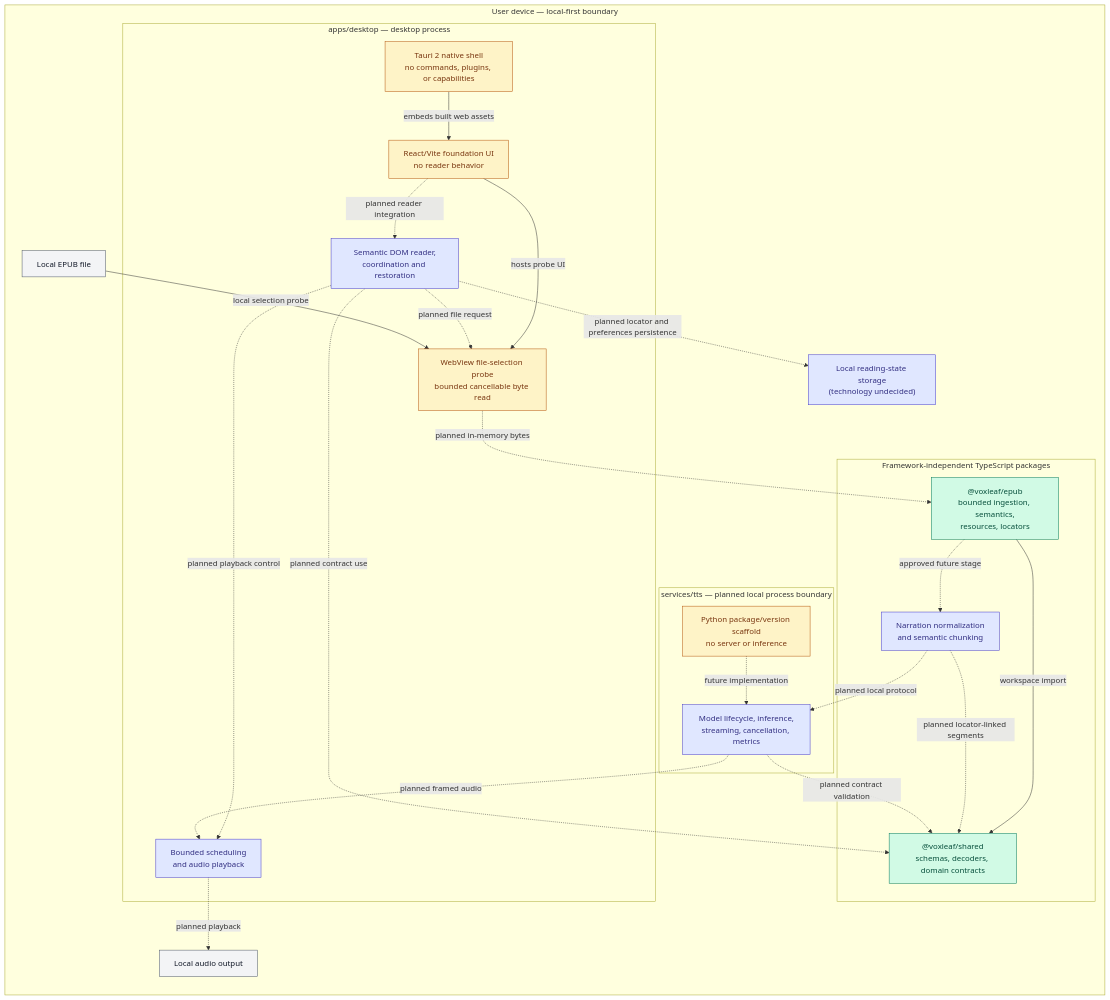
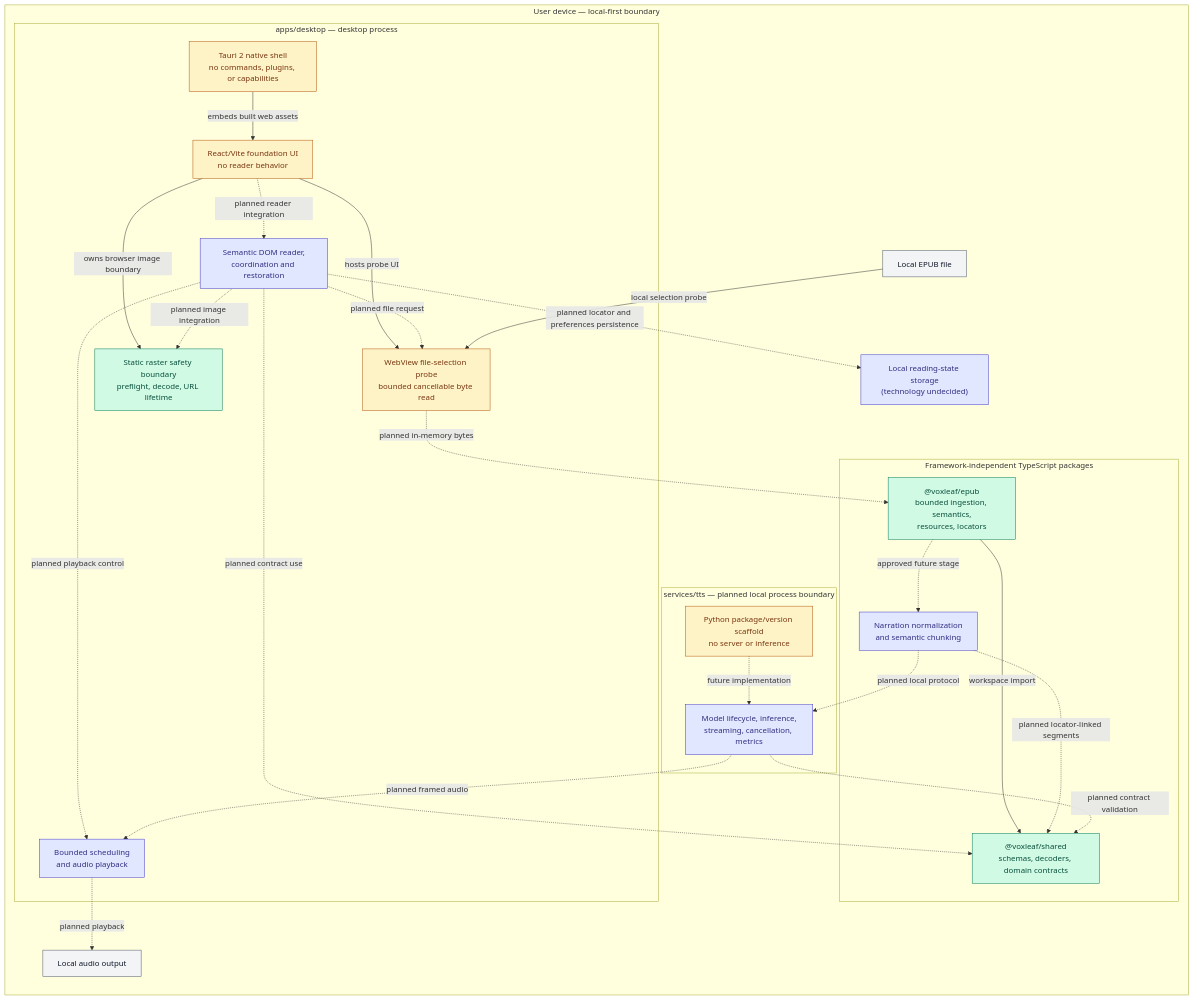
The first of 2 diagrams in docs/architecture/system-diagram.md (mmjosedaniel/voxleaf), drawn with Mermaid before and after one commit. The commit also changed other lines of this file and 17 other files, not shown here.

Commit message:
feat(desktop): bound raster image decoding (#45)

````diff
--- a/docs/architecture/system-diagram.md
+++ b/docs/architecture/system-diagram.md
@@ -24,50 +24,53 @@
 ```mermaid
 flowchart LR
   classDef implemented fill:#d1fae5,stroke:#047857,color:#064e3b
   classDef partial fill:#fef3c7,stroke:#b45309,color:#78350f
   classDef planned fill:#e0e7ff,stroke:#4338ca,color:#312e81
   classDef external fill:#f3f4f6,stroke:#4b5563,color:#111827
 
   subgraph device["User device — local-first boundary"]
     epubFile["Local EPUB file"]:::external
     audioDevice["Local audio output"]:::external
     readingStore["Local reading-state storage<br/>(technology undecided)"]:::planned
 
     subgraph desktop["apps/desktop — desktop process"]
       nativeShell["Tauri 2 native shell<br/>no commands, plugins, or capabilities"]:::partial
       webShell["React/Vite foundation UI<br/>no reader behavior"]:::partial
       fileBoundary["WebView file-selection probe<br/>bounded cancellable byte read"]:::partial
+      rasterBoundary["Static raster safety boundary<br/>preflight, decode, URL lifetime"]:::implemented
       reader["Semantic DOM reader,<br/>coordination and restoration"]:::planned
       player["Bounded scheduling<br/>and audio playback"]:::planned
       nativeShell -->|embeds built web assets| webShell
       webShell -->|hosts probe UI| fileBoundary
+      webShell -->|owns browser image boundary| rasterBoundary
       webShell -. planned reader integration .-> reader
       reader -. planned file request .-> fileBoundary
+      reader -. planned image integration .-> rasterBoundary
       reader -. planned playback control .-> player
     end
 
     subgraph libraries["Framework-independent TypeScript packages"]
       shared["@voxleaf/shared<br/>schemas, decoders, domain contracts"]:::implemented
       epub["@voxleaf/epub<br/>bounded ingestion, semantics,<br/>resources, locators"]:::implemented
       narration["Narration normalization<br/>and semantic chunking"]:::planned
       epub -->|workspace import| shared
       epub -. approved future stage .-> narration
     end
 
     subgraph tts["services/tts — planned local process boundary"]
       ttsFoundation["Python package/version scaffold<br/>no server or inference"]:::partial
       ttsRuntime["Model lifecycle, inference,<br/>streaming, cancellation, metrics"]:::planned
       ttsFoundation -. future implementation .-> ttsRuntime
     end
   end
 
   epubFile -->|local selection probe| fileBoundary
   fileBoundary -. planned in-memory bytes .-> epub
   reader -. planned contract use .-> shared
   reader -. planned locator and preferences persistence .-> readingStore
   narration -. planned locator-linked segments .-> shared
   narration -. planned local protocol .-> ttsRuntime
   ttsRuntime -. planned contract validation .-> shared
   ttsRuntime -. planned framed audio .-> player
   player -. planned playback .-> audioDevice
 ```
````
